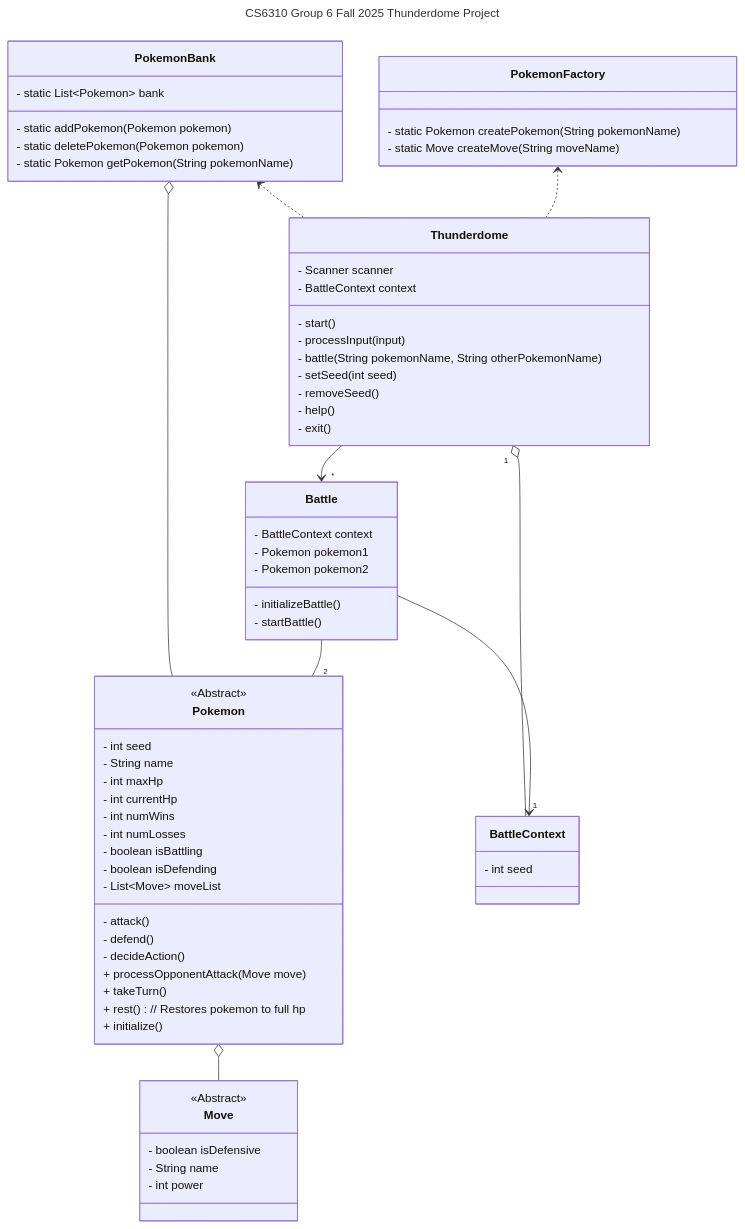
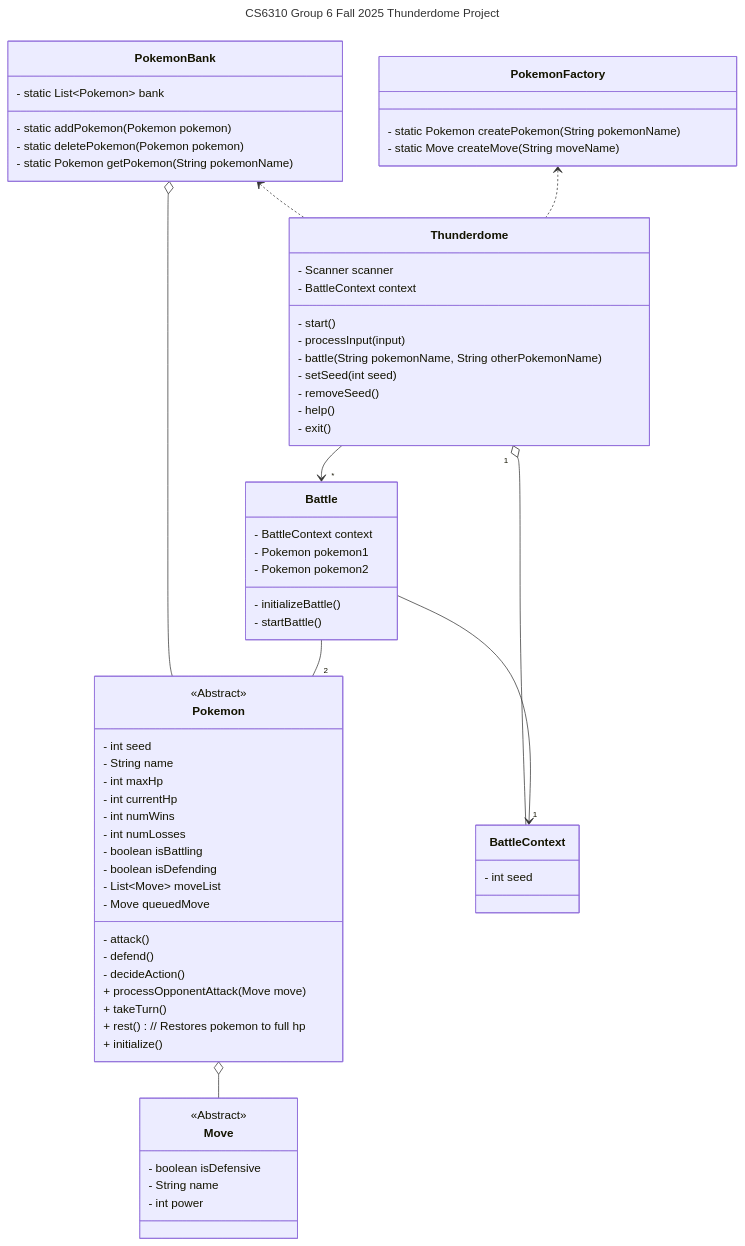
One commit to seantdeitrich/OMSCS-Notes changed the diagram in OMSCS-Notes/CS6310 - Software Architecture & Design/Project/Class Diagram.md. Above: the diagram before and after it, drawn with Mermaid. The commit also changed 2 other files, not shown here.

Commit message:
Formal Specification Notes and Sequence Rough Draft

````diff
--- a/OMSCS-Notes/CS6310 - Software Architecture & Design/Project/Class Diagram.md
+++ b/OMSCS-Notes/CS6310 - Software Architecture & Design/Project/Class Diagram.md
@@ -1,78 +1,79 @@
 ```mermaid
 --- 
 title: CS6310 Group 6 Fall 2025 Thunderdome Project
 ---
 classDiagram
     PokemonBank <.. Thunderdome
     PokemonFactory <.. Thunderdome
     PokemonBank o-- Pokemon
     Pokemon o-- Move
     Thunderdome "1" o-- "1" BattleContext
     Thunderdome --> "*" Battle
     Battle -- "2" Pokemon
     Battle --> BattleContext
 
     class Move {
         <<Abstract>>
         - boolean isDefensive
         - String name
         - int power
     }
 
     class Pokemon {
         <<Abstract>>
         - int seed
         - String name
         - int maxHp
         - int currentHp
         - int numWins
         - int numLosses
         - boolean isBattling
         - boolean isDefending
         - List~Move~ moveList
+	    - Move queuedMove
         - attack()
         - defend()
         - decideAction()
         + processOpponentAttack(Move move)
         + takeTurn()
         + rest() // Restores pokemon to full hp
         + initialize()
     }
 
     class PokemonBank {
         - static List~Pokemon~ bank
         - static addPokemon(Pokemon pokemon)
         - static deletePokemon(Pokemon pokemon)
         - static Pokemon getPokemon(String pokemonName)
     }
 
     class PokemonFactory {
         - static Pokemon createPokemon(String pokemonName)
         - static Move createMove(String moveName)
     }
 
     class Thunderdome {
         - Scanner scanner
         - BattleContext context
         - start()
         - processInput(input)
         - battle(String pokemonName, String otherPokemonName)
         - setSeed(int seed)
         - removeSeed()
         - help()
         - exit()
     }
 
     class BattleContext {
         - int seed
     }
 
     class Battle {
         - BattleContext context
         - Pokemon pokemon1
         - Pokemon pokemon2
         - initializeBattle()
         - startBattle()
     }
 
 ```
````
